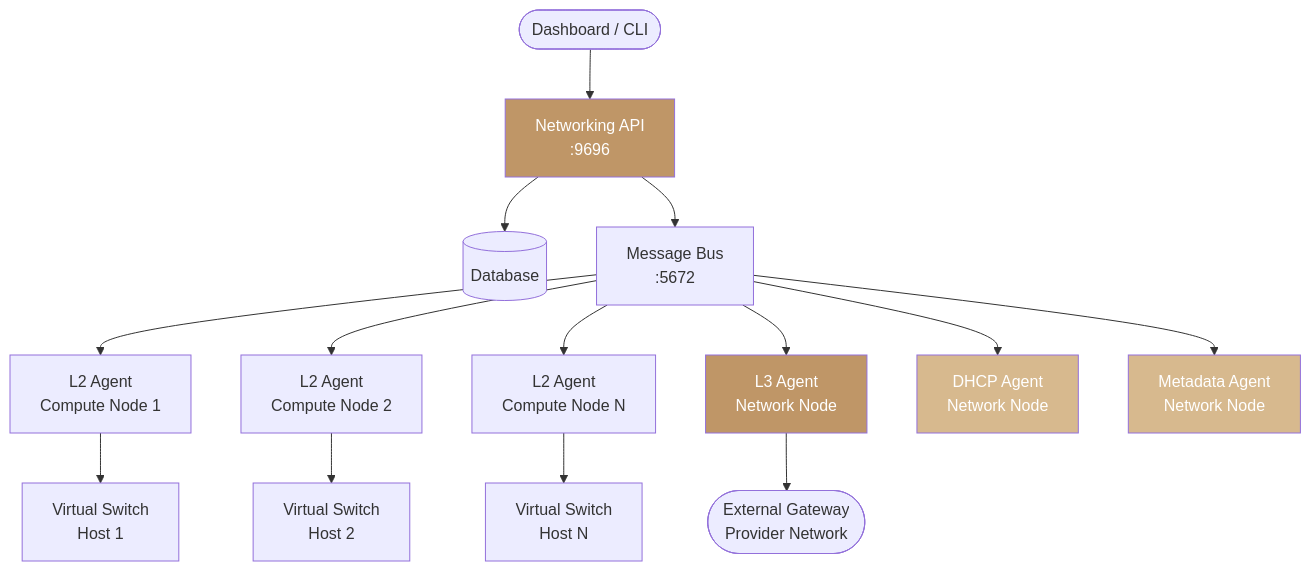
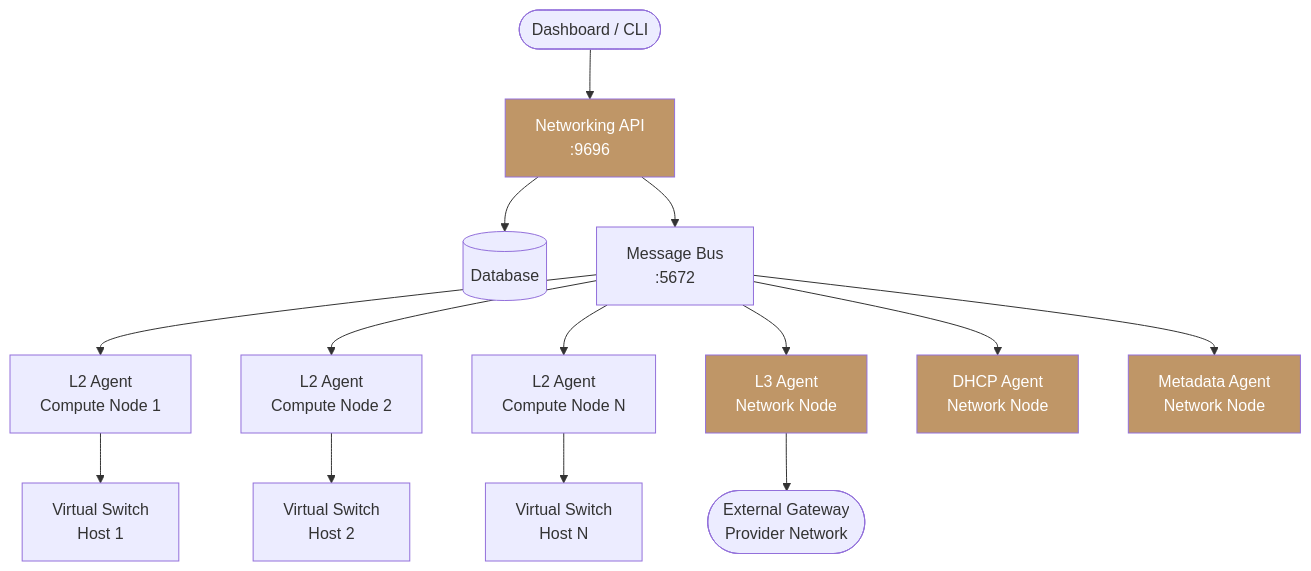
Before and after one commit to ankur-kumar87/docs-polystack: the first of 2 diagrams in services/networking/architecture.mdx, drawn with Mermaid. The commit also changed other lines of this file and 186 other files, not shown here.

````diff
--- a/services/networking/architecture.mdx
+++ b/services/networking/architecture.mdx
@@ -22,20 +22,20 @@
 ```mermaid
 graph TD
     U([Dashboard / CLI]) --> API[Networking API<br/>:9696]
     API --> DB[(Database)]
     API --> MQ[Message Bus<br/>:5672]
     MQ --> L2A1[L2 Agent<br/>Compute Node 1]
     MQ --> L2A2[L2 Agent<br/>Compute Node 2]
     MQ --> L2A3[L2 Agent<br/>Compute Node N]
     MQ --> L3A[L3 Agent<br/>Network Node]
     MQ --> DHCP[DHCP Agent<br/>Network Node]
     MQ --> META[Metadata Agent<br/>Network Node]
     L3A --> GW([External Gateway<br/>Provider Network])
     L2A1 --> VS1[Virtual Switch<br/>Host 1]
     L2A2 --> VS2[Virtual Switch<br/>Host 2]
     L2A3 --> VS3[Virtual Switch<br/>Host N]
     style API fill:#bf9667,color:#fff
     style L3A fill:#bf9667,color:#fff
-    style DHCP fill:#d7b98e,color:#fff
-    style META fill:#d7b98e,color:#fff
+    style DHCP fill:#bf9667,color:#fff
+    style META fill:#bf9667,color:#fff
 ```
````
